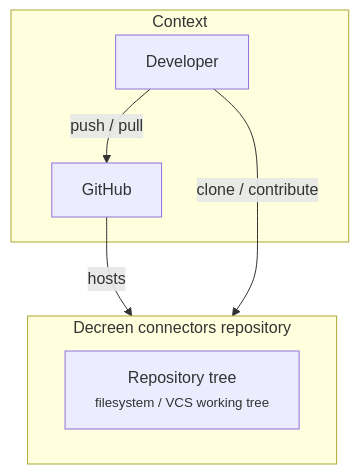
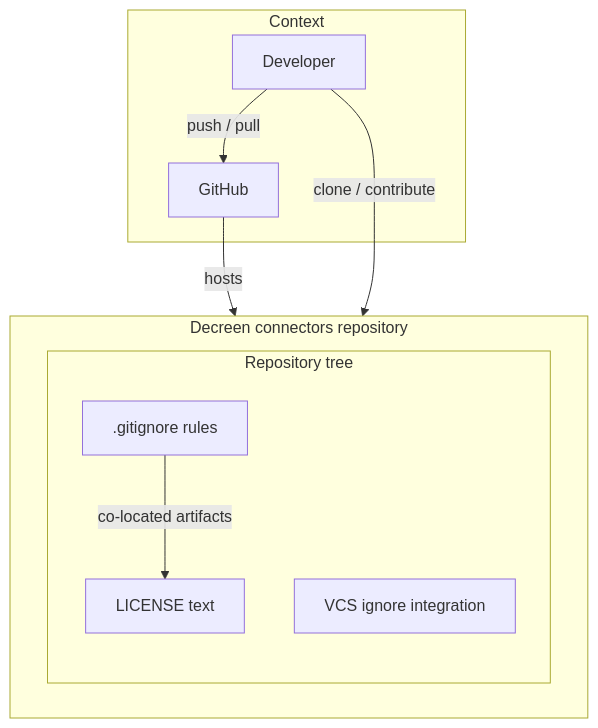
One commit to Decreen/decreen-connectors changed the diagram in docs/c4-live.mermaid.md. Above: the diagram before and after it, drawn with Mermaid. The commit also changed 3 other files, not shown here.

Commit message:
feat(c4): Pass 3 components inside repository tree container

````diff
--- a/docs/c4-live.mermaid.md
+++ b/docs/c4-live.mermaid.md
@@ -3,13 +3,19 @@
 ```mermaid
 flowchart TB
   subgraph L1["Context"]
     actor_developer["Developer"]
     ext_github["GitHub"]
     actor_developer -->|"push / pull"| ext_github
   end
   subgraph sys_decreen_connectors["Decreen connectors repository"]
-    container_repository_tree["Repository tree<br/><small>filesystem / VCS working tree</small>"]
+    subgraph container_repository_tree["Repository tree"]
+      direction TB
+      component_boundary_gitignore[".gitignore rules"]
+      component_storage_license["LICENSE text"]
+      component_integration_gitignore["VCS ignore integration"]
+      component_boundary_gitignore -->|"co-located artifacts"| component_storage_license
+    end
   end
   ext_github -->|"hosts"| sys_decreen_connectors
   actor_developer -->|"clone / contribute"| sys_decreen_connectors
 ```
````
